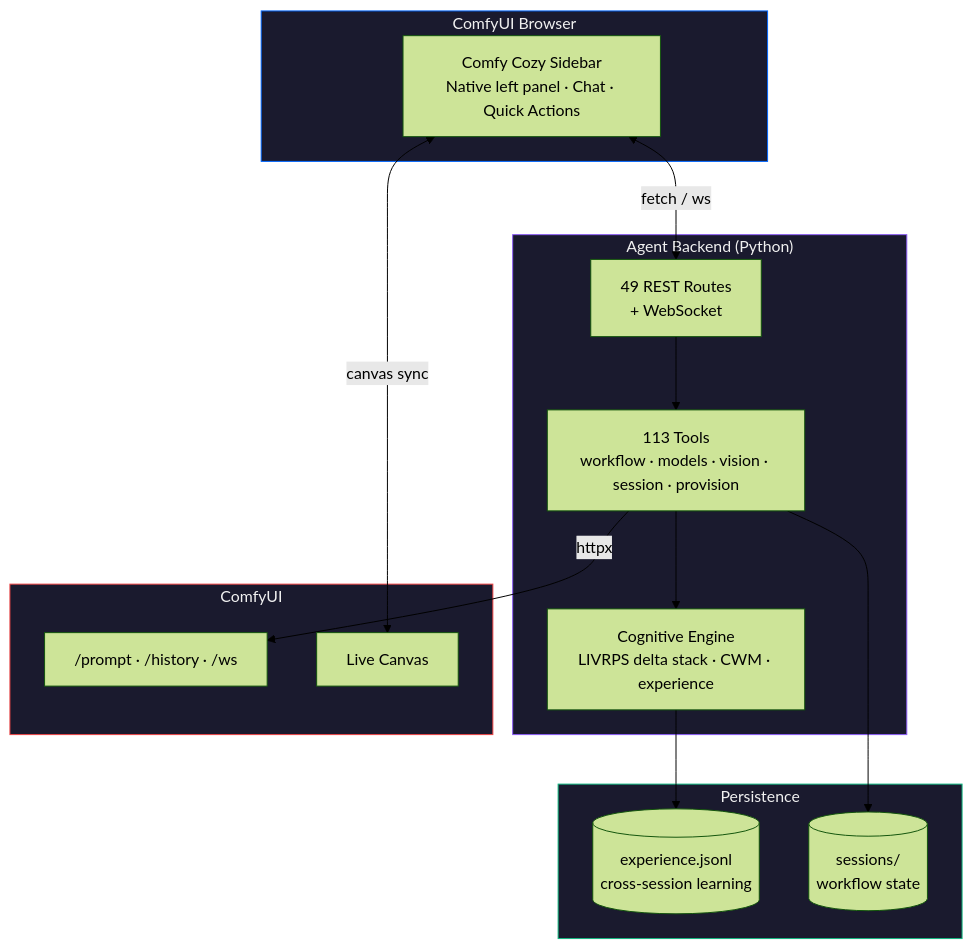
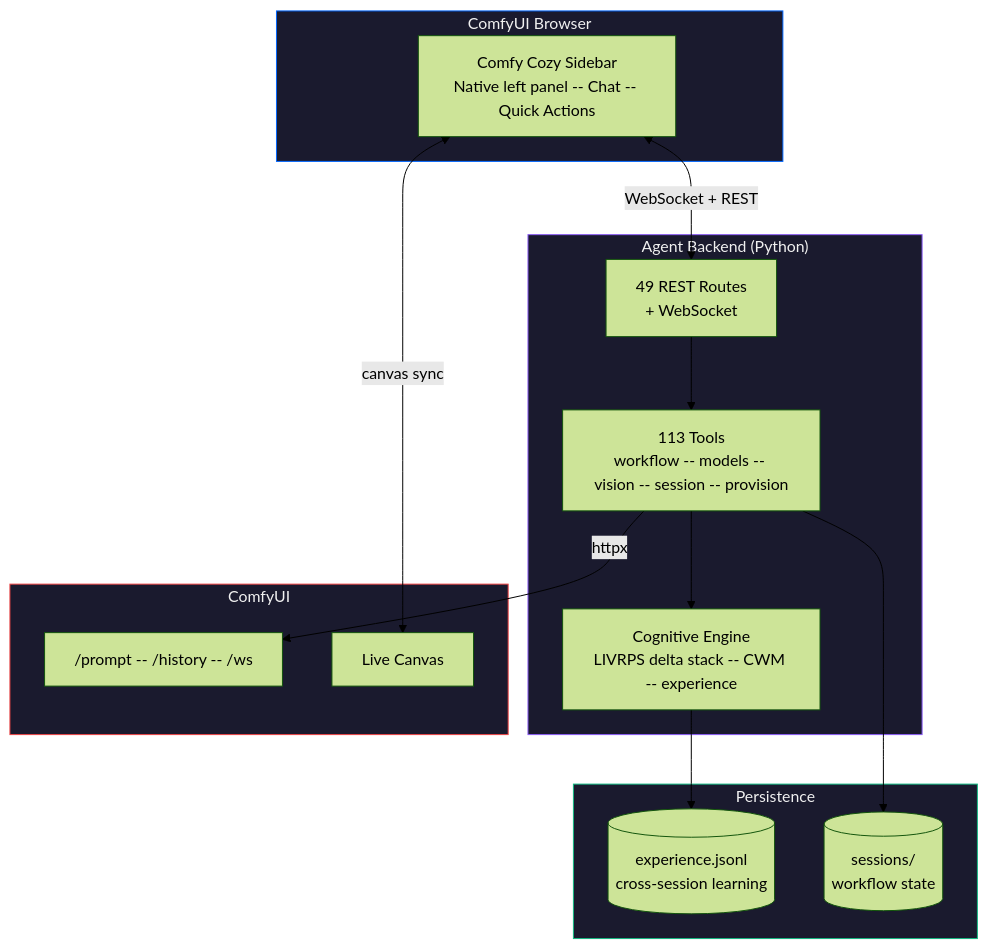
One commit to JosephOIbrahim/Comfy-Cozy changed the fourth of 17 diagrams in README.md. Above: the diagram before and after it, drawn with Mermaid (forest theme). The commit also changed other lines of this file, not shown here.

First line of the commit message:
docs: ADHD-friendly README — symlink install, scannable steps, updated diagrams

````diff
--- a/README.md
+++ b/README.md
@@ -293,32 +344,32 @@
 ```mermaid
 graph TB
     subgraph Browser ["ComfyUI Browser"]
-        Panel["Comfy Cozy Sidebar<br/>Native left panel · Chat · Quick Actions"]
+        Sidebar["Comfy Cozy Sidebar<br/>Native left panel -- Chat -- Quick Actions"]
     end
     subgraph Backend ["Agent Backend (Python)"]
         Routes["49 REST Routes<br/>+ WebSocket"]
-        Tools["113 Tools<br/>workflow · models · vision · session · provision"]
-        Cog["Cognitive Engine<br/>LIVRPS delta stack · CWM · experience"]
+        Tools["113 Tools<br/>workflow -- models -- vision -- session -- provision"]
+        Cog["Cognitive Engine<br/>LIVRPS delta stack -- CWM -- experience"]
     end
     subgraph ComfyUI ["ComfyUI"]
-        API["/prompt · /history · /ws"]
+        API["/prompt -- /history -- /ws"]
         Canvas["Live Canvas"]
     end
     subgraph Disk ["Persistence"]
         EXP[("experience.jsonl<br/>cross-session learning")]
         Sessions[("sessions/<br/>workflow state")]
     end
 
-    Panel <-->|"fetch / ws"| Routes
-    Panel <-->|"canvas sync"| Canvas
+    Sidebar <-->|"WebSocket + REST"| Routes
+    Sidebar <-->|"canvas sync"| Canvas
     Routes --> Tools
     Tools --> Cog
     Tools -->|httpx| API
     Cog --> EXP
     Tools --> Sessions
 
     style Browser fill:#1a1a2e,color:#F0F0F0,stroke:#0066FF
     style Backend fill:#1a1a2e,color:#F0F0F0,stroke:#8b5cf6
     style ComfyUI fill:#1a1a2e,color:#F0F0F0,stroke:#ef4444
     style Disk fill:#1a1a2e,color:#F0F0F0,stroke:#10b981
 ```
````
